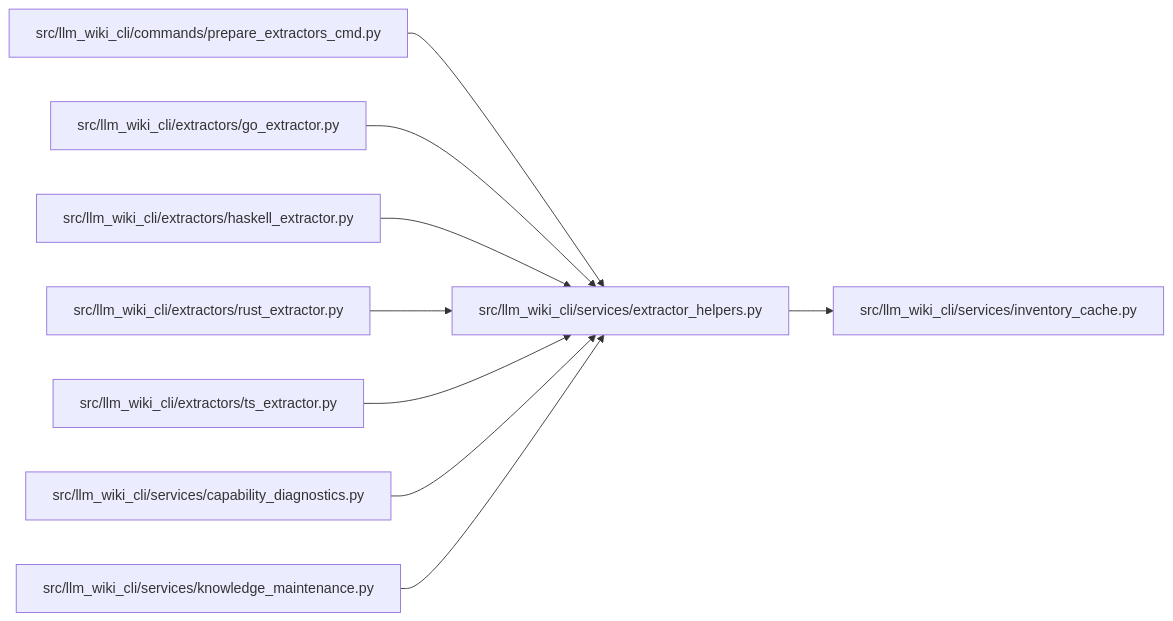
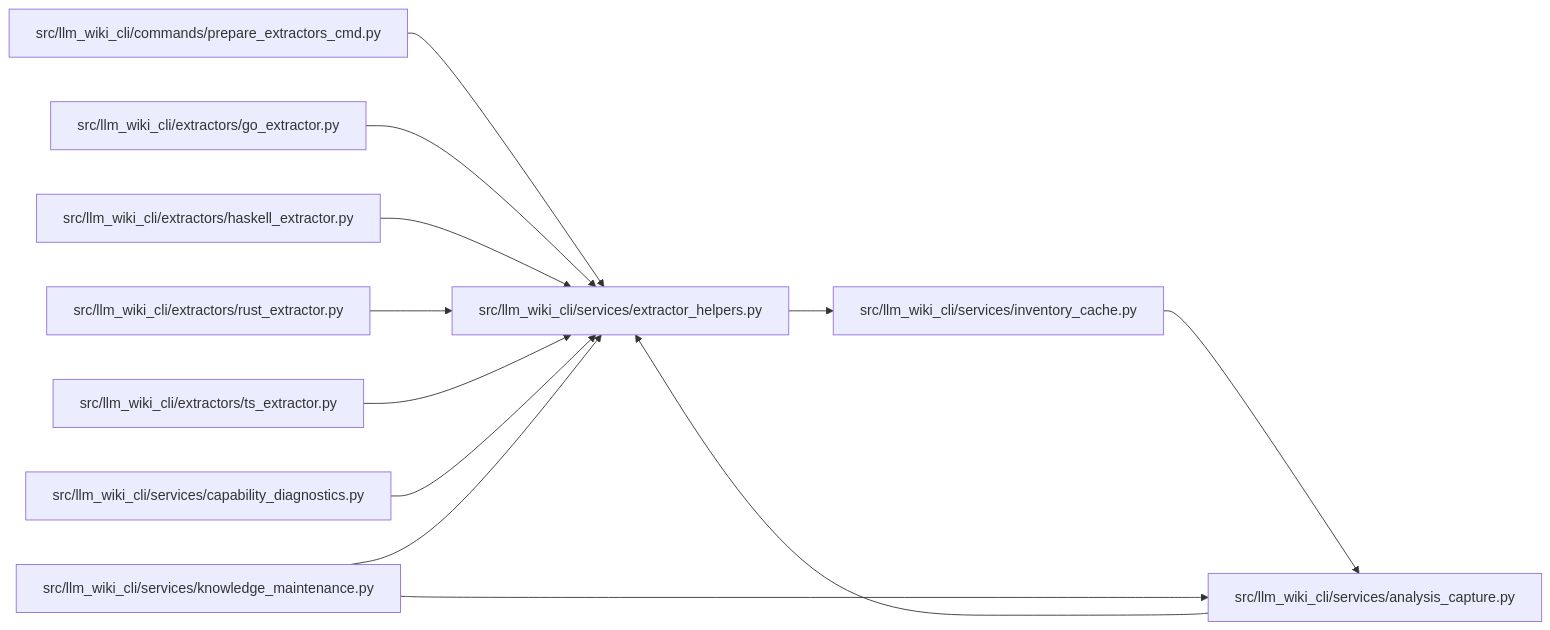
Before and after one commit to Denissvgn/python-wiki-llm: the diagram in docs/llm_wiki/modules/extractor_helpers.md, drawn with Mermaid. The commit also changed other lines of this file and 391 other files, not shown here.

Commit message:
docs(wiki): record independent analysis compatibility metadata

````diff
--- a/docs/llm_wiki/modules/extractor_helpers.md
+++ b/docs/llm_wiki/modules/extractor_helpers.md
@@ -33,29 +33,34 @@
 ```mermaid
 flowchart LR
     n0["src/llm_wiki_cli/commands/prepare_extractors_cmd.py"]
     n1["src/llm_wiki_cli/extractors/go_extractor.py"]
     n2["src/llm_wiki_cli/extractors/haskell_extractor.py"]
     n3["src/llm_wiki_cli/extractors/rust_extractor.py"]
     n4["src/llm_wiki_cli/extractors/ts_extractor.py"]
-    n5["src/llm_wiki_cli/services/capability_diagnostics.py"]
-    n6["src/llm_wiki_cli/services/extractor_helpers.py"]
-    n7["src/llm_wiki_cli/services/inventory_cache.py"]
-    n8["src/llm_wiki_cli/services/knowledge_maintenance.py"]
-    n0 --> n6
-    n1 --> n6
-    n2 --> n6
-    n3 --> n6
-    n4 --> n6
-    n5 --> n6
+    n5["src/llm_wiki_cli/services/analysis_capture.py"]
+    n6["src/llm_wiki_cli/services/capability_diagnostics.py"]
+    n7["src/llm_wiki_cli/services/extractor_helpers.py"]
+    n8["src/llm_wiki_cli/services/inventory_cache.py"]
+    n9["src/llm_wiki_cli/services/knowledge_maintenance.py"]
+    n0 --> n7
+    n1 --> n7
+    n2 --> n7
+    n3 --> n7
+    n4 --> n7
+    n5 --> n7
     n6 --> n7
-    n8 --> n6
+    n7 --> n8
+    n8 --> n5
+    n9 --> n5
+    n9 --> n7
     click n0 "../modules/prepare_extractors_cmd.md"
     click n1 "../modules/go_extractor.md"
     click n2 "../modules/haskell_extractor.md"
     click n3 "../modules/rust_extractor.md"
     click n4 "../modules/ts_extractor.md"
-    click n5 "../modules/capability_diagnostics.md"
-    click n6 "../modules/extractor_helpers.md"
-    click n7 "../modules/inventory_cache.md"
-    click n8 "../modules/knowledge_maintenance.md"
+    click n5 "../modules/analysis_capture.md"
+    click n6 "../modules/capability_diagnostics.md"
+    click n7 "../modules/extractor_helpers.md"
+    click n8 "../modules/inventory_cache.md"
+    click n9 "../modules/knowledge_maintenance.md"
 ```
````
